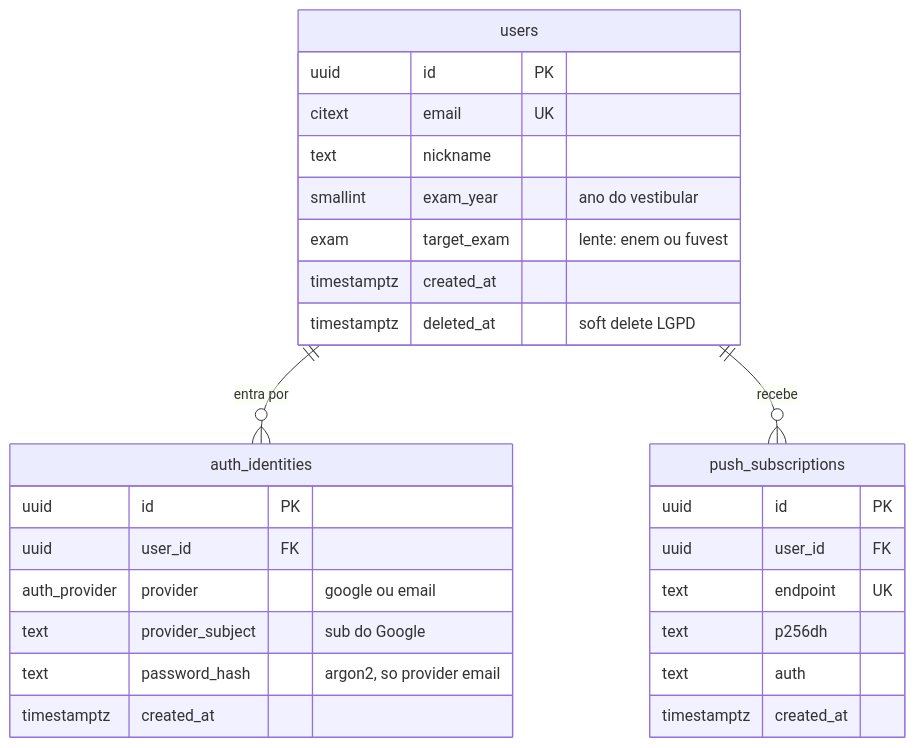
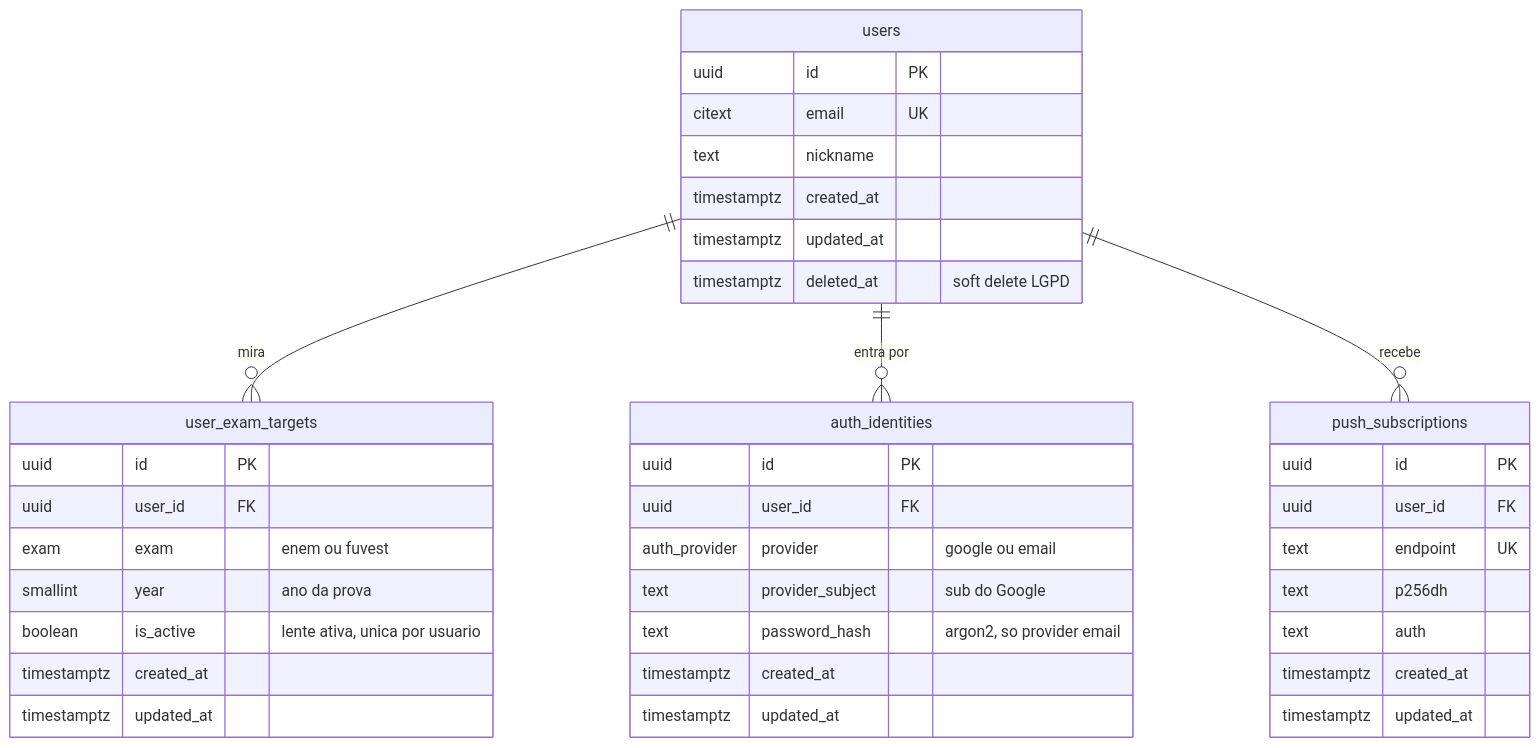
The second of 5 diagrams in docs/DER.md (kaualimadesouza/argumenta-api), drawn with Mermaid before and after one commit. The commit also changed other lines of this file, not shown here.

Commit message:
docs: DER v0.2 - user_exam_targets list with active lens, universal updated_at

````diff
--- a/docs/DER.md
+++ b/docs/DER.md
@@ -42,30 +48,41 @@
 ```mermaid
 erDiagram
   users {
     uuid id PK
     citext email UK
     text nickname
-    smallint exam_year "ano do vestibular"
-    exam target_exam "lente: enem ou fuvest"
     timestamptz created_at
+    timestamptz updated_at
     timestamptz deleted_at "soft delete LGPD"
+  }
+  user_exam_targets {
+    uuid id PK
+    uuid user_id FK
+    exam exam "enem ou fuvest"
+    smallint year "ano da prova"
+    boolean is_active "lente ativa, unica por usuario"
+    timestamptz created_at
+    timestamptz updated_at
   }
   auth_identities {
     uuid id PK
     uuid user_id FK
     auth_provider provider "google ou email"
     text provider_subject "sub do Google"
     text password_hash "argon2, so provider email"
     timestamptz created_at
+    timestamptz updated_at
   }
   push_subscriptions {
     uuid id PK
     uuid user_id FK
     text endpoint UK
     text p256dh
     text auth
     timestamptz created_at
+    timestamptz updated_at
   }
+  users ||--o{ user_exam_targets : "mira"
   users ||--o{ auth_identities : "entra por"
   users ||--o{ push_subscriptions : "recebe"
 ```
````
